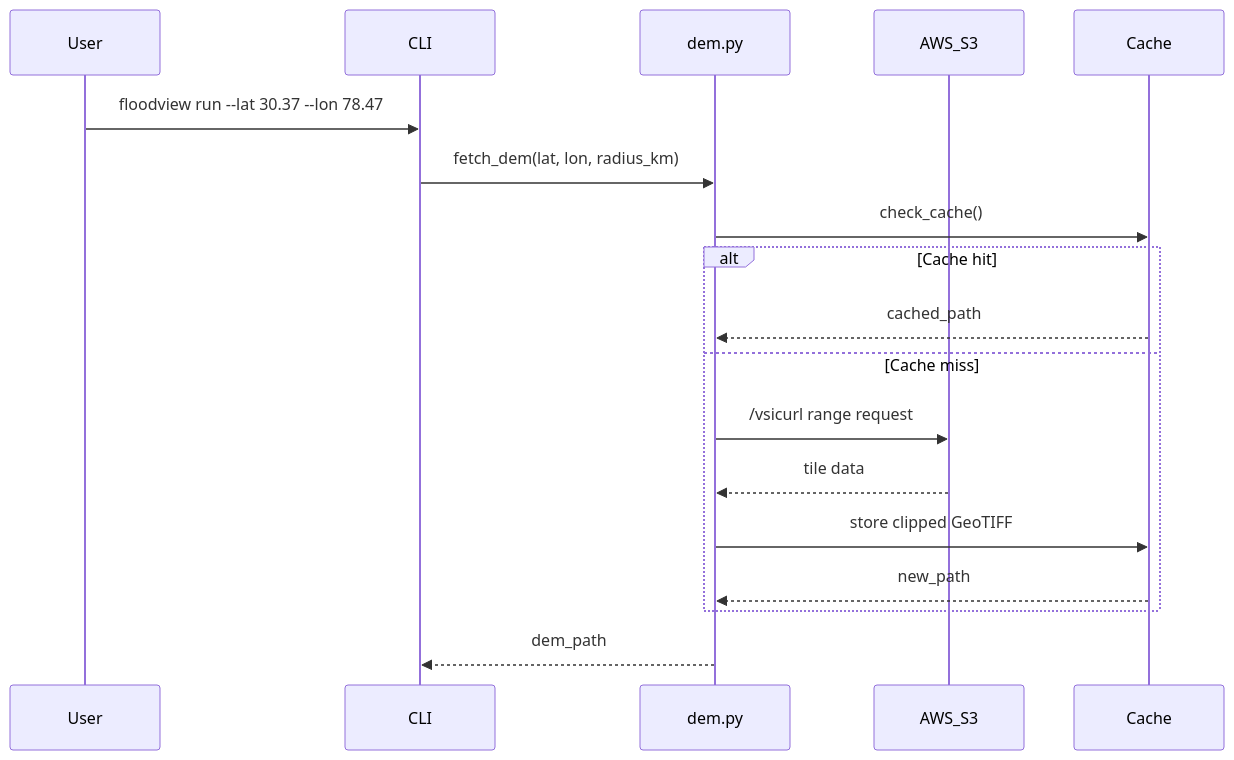
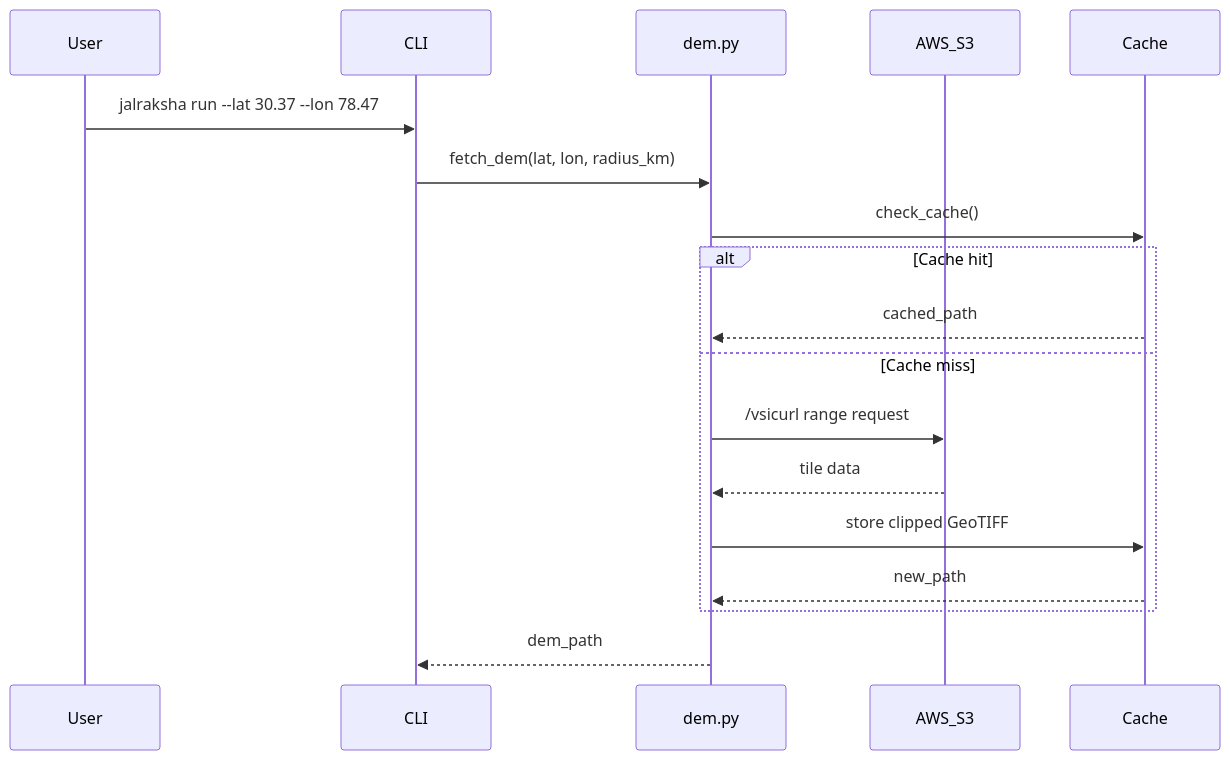
One commit to SatyajeetChavan30/SIH-prototype changed the second of 3 diagrams in docs/archive/report.md. Above: the diagram before and after it, drawn with Mermaid. The commit also changed other lines of this file and 292 other files, not shown here.

````diff
--- a/docs/archive/report.md
+++ b/docs/archive/report.md
@@ -551,21 +551,21 @@
 ```mermaid
 sequenceDiagram
     participant User
     participant CLI
     participant DEM_Fetch as dem.py
     participant AWS_S3
     participant Cache
     
-    User->>CLI: floodview run --lat 30.37 --lon 78.47
+    User->>CLI: jalraksha run --lat 30.37 --lon 78.47
     CLI->>DEM_Fetch: fetch_dem(lat, lon, radius_km)
     DEM_Fetch->>Cache: check_cache()
     alt Cache hit
         Cache-->>DEM_Fetch: cached_path
     else Cache miss
         DEM_Fetch->>AWS_S3: /vsicurl range request
         AWS_S3-->>DEM_Fetch: tile data
         DEM_Fetch->>Cache: store clipped GeoTIFF
         Cache-->>DEM_Fetch: new_path
     end
     DEM_Fetch-->>CLI: dem_path
 ```
````
